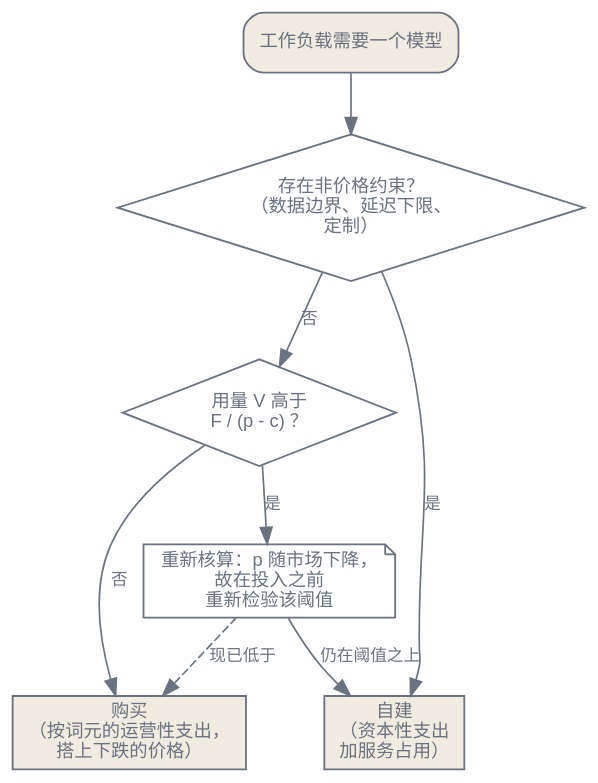
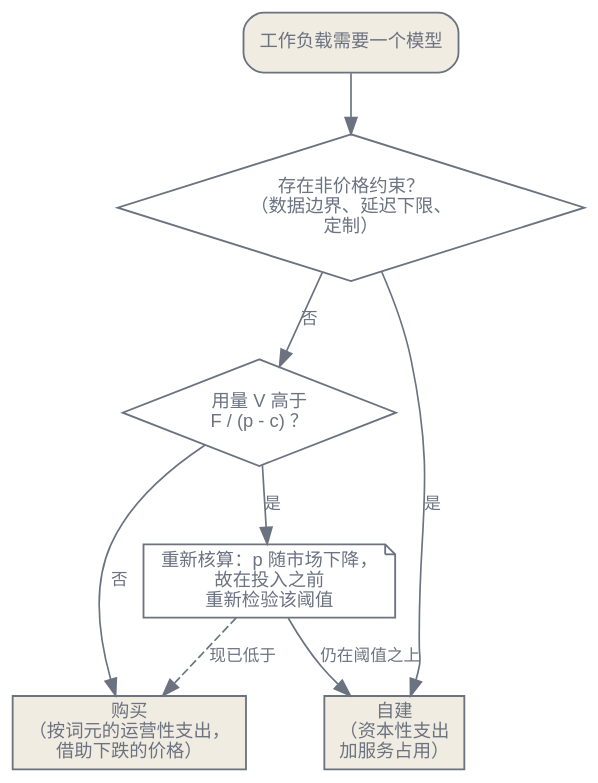
Before and after one commit to latere-ai/ai-as-an-infrastructure: the second of 2 diagrams in zh/ecosystem/03-economics.qmd, drawn with Graphviz. The commit also changed other lines of this file and 8 other files, not shown here.

````diff
--- a/zh/ecosystem/03-economics.qmd
+++ b/zh/ecosystem/03-economics.qmd
@@ -159,25 +159,25 @@
 ```{dot}
 //| label: fig-economics-build-buy
-//| fig-cap: "自建与购买的决策作为一条分支路径。非价格约束直接强制自建。否则由用量阈值决定，而下跌的 API 价格在投入资本之前把答案绕回一次重新核算。"
+//| fig-cap: "自建与购买的决策作为一条分支路径。非价格约束直接强制自建。否则由用量阈值决定，而下跌的 API 价格会在投入资本之前触发一次重新核算。"
 digraph build_buy {
   bgcolor="transparent";
   rankdir=TB;
   node [fontname="Helvetica", fontsize=11, color="#6b7280", fontcolor="#6b7280", penwidth=1.1];
   edge [fontname="Helvetica", fontsize=10, color="#6b7280", fontcolor="#6b7280"];
 
   start [shape=box, style="rounded,filled", fillcolor="#f1ece1", label="工作负载需要一个模型"];
   constraint [shape=diamond, label="存在非价格约束？\n（数据边界、延迟下限、\n定制）"];
   volume [shape=diamond, label="用量 V 高于\nF / (p - c) ？"];
   build [shape=box, style=filled, fillcolor="#f1ece1", label="自建\n（资本性支出\n加服务占用）"];
-  buy [shape=box, style=filled, fillcolor="#f1ece1", label="购买\n（按词元的运营性支出，\n搭上下跌的价格）"];
+  buy [shape=box, style=filled, fillcolor="#f1ece1", label="购买\n（按词元的运营性支出，\n借助下跌的价格）"];
   recheck [shape=note, label="重新核算：p 随市场下降，\n故在投入之前\n重新检验该阈值"];
 
   start -> constraint;
   constraint -> build [label="是"];
   constraint -> volume [label="否"];
   volume -> recheck [label="是"];
   volume -> buy [label="否"];
   recheck -> build [label="仍在阈值之上"];
   recheck -> buy [label="现已低于", style=dashed];
 }
 ```
````
